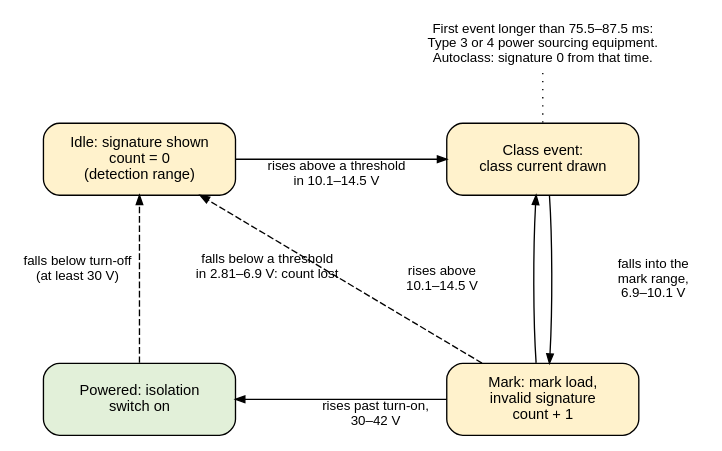
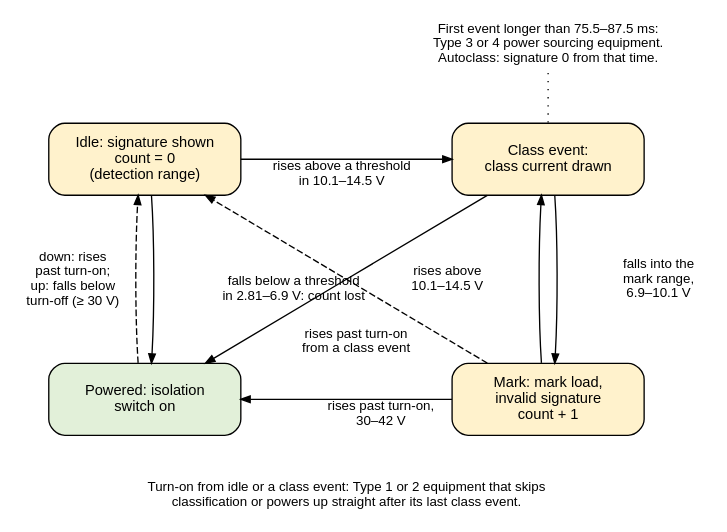
The diagram in docs/power/poe/pd-states.dot (mithro/evampire), drawn with Graphviz before and after one commit. The commit also changed 4 other files, not shown here.

```diff
--- a/docs/power/poe/pd-states.dot
+++ b/docs/power/poe/pd-states.dot
@@ -1,38 +1,48 @@
 // States of a powered device during detection and classification, with
 // the input voltage thresholds that move it between them. Values from
 // powered-device.rst (IEEE 802.3 Tables 145-25 and 145-29, 145.3.6 and
 // 145.3.7).
 //
 // Fill colours: power circuits #fff2cc, the powered state #e2f0d9.
 // Fixed grid (positions in inches): states in a ring, notes outside.
 //
 // SPDX-License-Identifier: Apache-2.0
 
 digraph pd_states {
     graph [layout=neato, splines=false, overlap=true, outputorder=nodesfirst,
            fontname="Helvetica"];
     node  [shape=box, style="rounded,filled", fillcolor="#fff2cc",
            fontname="Helvetica", fontsize=11, width=2.0, height=0.75,
            fixedsize=true];
     edge  [fontname="Helvetica", fontsize=10, arrowsize=0.7];
 
     idle  [pos="1.2,3.4!", label="Idle: signature shown\ncount = 0\n(detection range)"];
     cls   [pos="5.4,3.4!", label="Class event:\nclass current drawn"];
     mark  [pos="5.4,0.9!", label="Mark: mark load,\ninvalid signature\ncount + 1"];
     on    [pos="1.2,0.9!", label="Powered: isolation\nswitch on", fillcolor="#e2f0d9"];
 
     note  [pos="5.4,4.6!", shape=plaintext, style="", width=2.8, height=0.6,
            fontsize=10, label="First event longer than 75.5–87.5 ms:\nType 3 or 4 power sourcing equipment.\nAutoclass: signature 0 from that time."];
 
     idle -> cls  [label="rises above a threshold\nin 10.1–14.5 V"];
     cls  -> mark;
     mark -> cls;
     l_down [pos="6.55,2.15!", shape=plaintext, style="", width=1.1,
             height=0.6, fontsize=10, label="falls into the\nmark range,\n6.9–10.1 V"];
     l_up   [pos="4.35,2.15!", shape=plaintext, style="", width=1.1,
             height=0.45, fontsize=10, label="rises above\n10.1–14.5 V"];
     mark -> on   [label="rises past turn-on,\n30–42 V"];
-    mark -> idle [label="falls below a threshold\nin 2.81–6.9 V: count lost", style=dashed];
-    on   -> idle [label="falls below turn-off\n(at least 30 V)", style=dashed];
+    mark -> idle [style=dashed];
+    l_reset [pos="2.75,2.05!", shape=plaintext, style="", width=1.6,
+             height=0.45, fontsize=10, label="falls below a threshold\nin 2.81–6.9 V: count lost"];
+    on   -> idle [style=dashed];
+    idle -> on;
+    cls  -> on;
+    l_off [pos="0.45,2.15!", shape=plaintext, style="", width=1.2, height=0.6,
+           fontsize=10, label="down: rises\npast turn-on;\nup: falls below\nturn-off (≥ 30 V)"];
+    l_cls [pos="3.4,1.5!", shape=plaintext, style="", width=1.4, height=0.45,
+           fontsize=10, label="rises past turn-on\nfrom a class event"];
+    nt [pos="3.3,-0.1!", shape=plaintext, style="", width=6.0, height=0.45,
+        fontsize=10, label="Turn-on from idle or a class event: Type 1 or 2 equipment that skips\nclassification or powers up straight after its last class event."];
     note -> cls  [style=dotted, arrowhead=none];
 }
```
